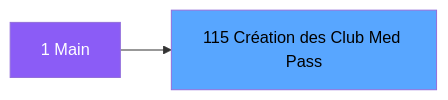
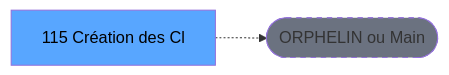
One commit to thonyAGP/lecteur-magic changed the second of 3 diagrams in .openspec/specs/ADH-IDE-115.md. Above: the diagram before and after it, drawn with Mermaid. The commit also changed other lines of this file and 701 other files, not shown here.

````diff
--- a/.openspec/specs/ADH-IDE-115.md
+++ b/.openspec/specs/ADH-IDE-115.md
@@ -127,8 +119,8 @@
 ```mermaid
 graph LR
-    M[1 Main]
-    T[115 Création des Club Med Pass]
-    M --> T
-    style M fill:#8b5cf6,color:#fff
+    T[115 Création des Cl]
+    ORPHAN([ORPHELIN ou Main])
+    T -.-> ORPHAN
     style T fill:#58a6ff,color:#000
+    style ORPHAN fill:#6b7280,stroke-dasharray: 5 5
 ```
````
